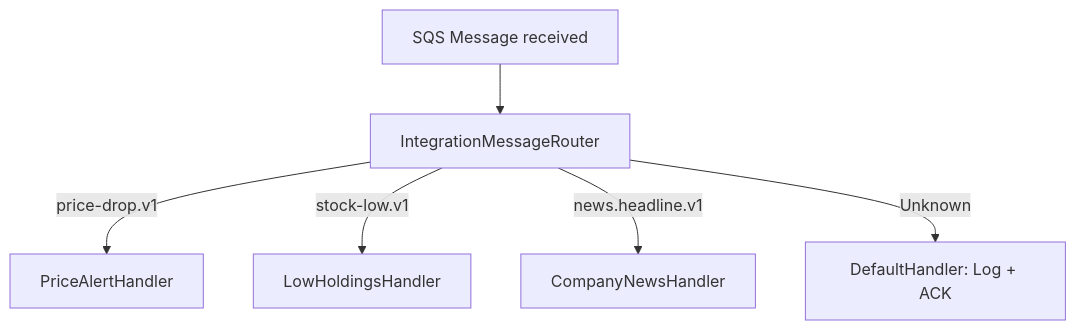
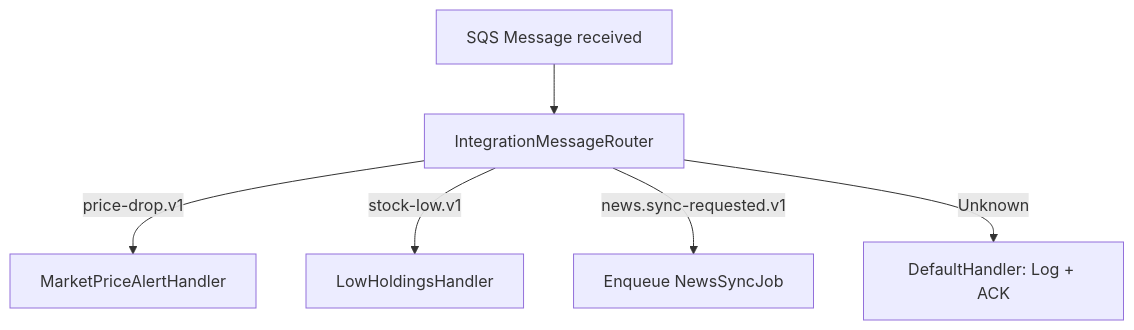
Before and after one commit to nhonvo/InvestManagementSystem: the diagram in InventoryAlert.Wiki/docs/05-api-services/event-handling.md, drawn with Mermaid. The commit also changed other lines of this file and 69 other files, not shown here.

````diff
--- a/InventoryAlert.Wiki/docs/05-api-services/event-handling.md
+++ b/InventoryAlert.Wiki/docs/05-api-services/event-handling.md
@@ -60,8 +65,8 @@
 ```mermaid
 flowchart TD
     SQS[SQS Message received] --> Router[IntegrationMessageRouter]
-    Router -->|price-drop.v1| H1[PriceAlertHandler]
+    Router -->|price-drop.v1| H1[MarketPriceAlertHandler]
     Router -->|stock-low.v1| H2[LowHoldingsHandler]
-    Router -->|news.headline.v1| H3[CompanyNewsHandler]
+    Router -->|news.sync-requested.v1| H3[Enqueue NewsSyncJob]
     Router -->|Unknown| H4[DefaultHandler: Log + ACK]
 ```
````
